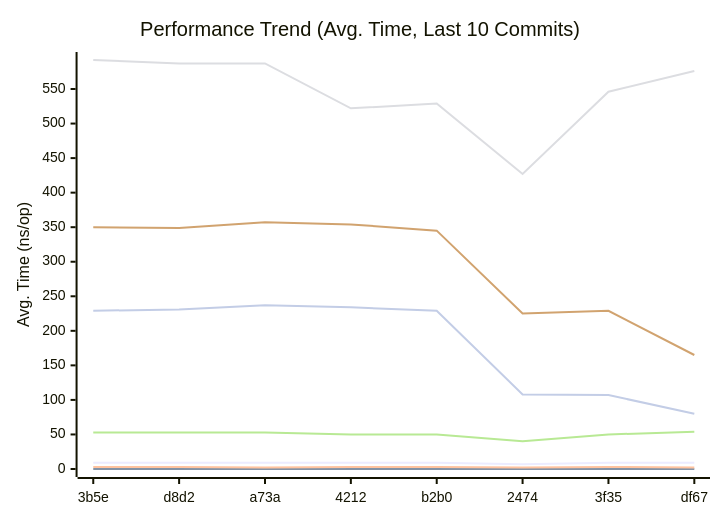
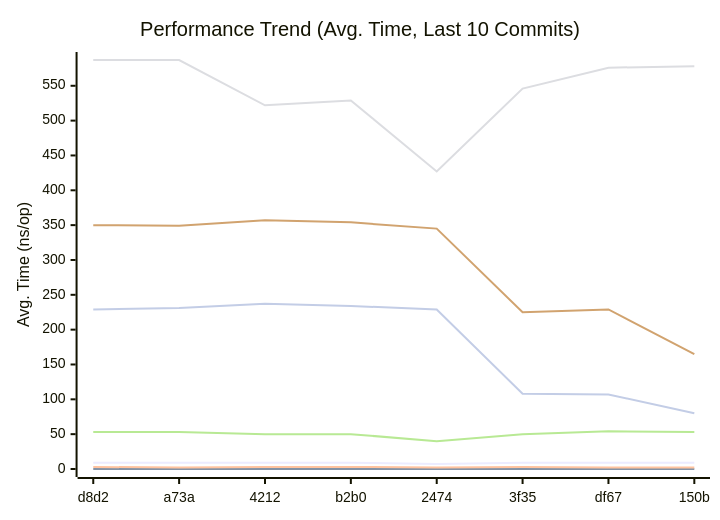
Before and after one commit to alsotoes/momo: the first of 3 diagrams in docs/README.md, drawn with Mermaid. The commit also changed other lines of this file and 1 other file, not shown here.

````diff
--- a/docs/README.md
+++ b/docs/README.md
@@ -142,14 +142,14 @@
 ```mermaid
 xychart-beta
     title "Performance Trend (Avg. Time, Last 10 Commits)"
     x-axis "Commit"
     y-axis "Avg. Time (ns/op)"
-    x-axis [3b5e,d8d2,a73a,4212,b2b0,2474,3f35,df67]
-    line "CheckMetricsAndSwap" [9,9,9,9,9,7,9,9,9,7]
+    x-axis [d8d2,a73a,4212,b2b0,2474,3f35,df67,150b]
+    line "CheckMetricsAndSwap" [9,9,9,9,7,9,9,9,7,7]
     line "IndexDirectTracking" [0,0,0,0,0,0,0,0,0,0]
-    line "IndexSearch" [3,3,2,3,3,2,3,2,2,3]
-    line "LoadGlobalConfig" [592,587,587,522,529,427,546,576,578,477]
-    line "PadString" [53,53,53,50,50,40,50,54,53,55]
+    line "IndexSearch" [3,2,3,3,2,3,2,2,3,3]
+    line "LoadGlobalConfig" [587,587,522,529,427,546,576,578,477,427]
+    line "PadString" [53,53,50,50,40,50,54,53,55,27]
     line "ParseReplicationOrder_NoPrealloc" [350,349,357,354,345,225,229,165,232,234]
     line "ParseReplicationOrder_Prealloc" [229,231,237,234,229,108,107,80,110,109]
 ```
````
